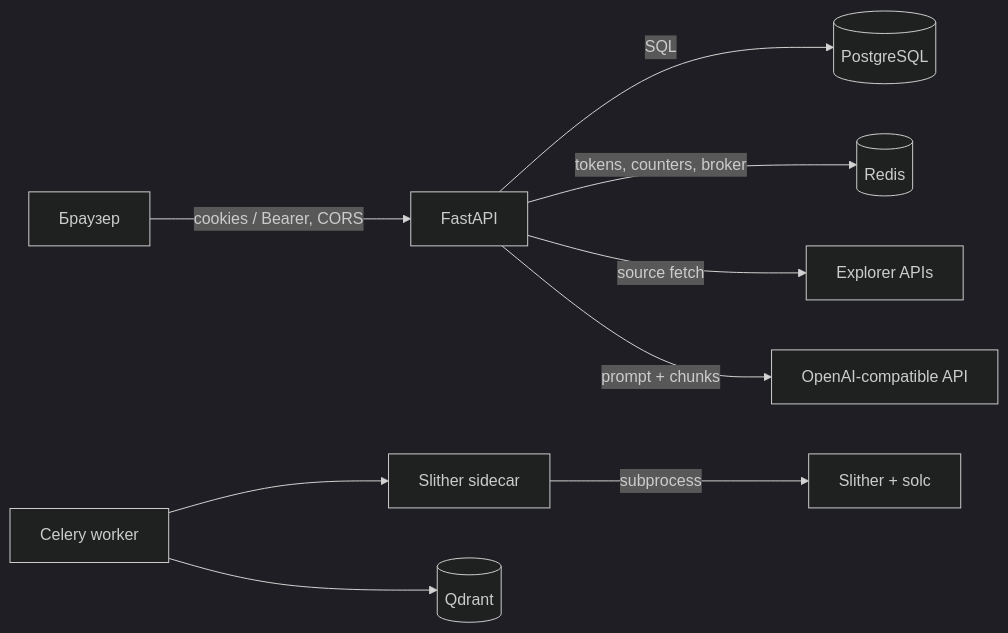
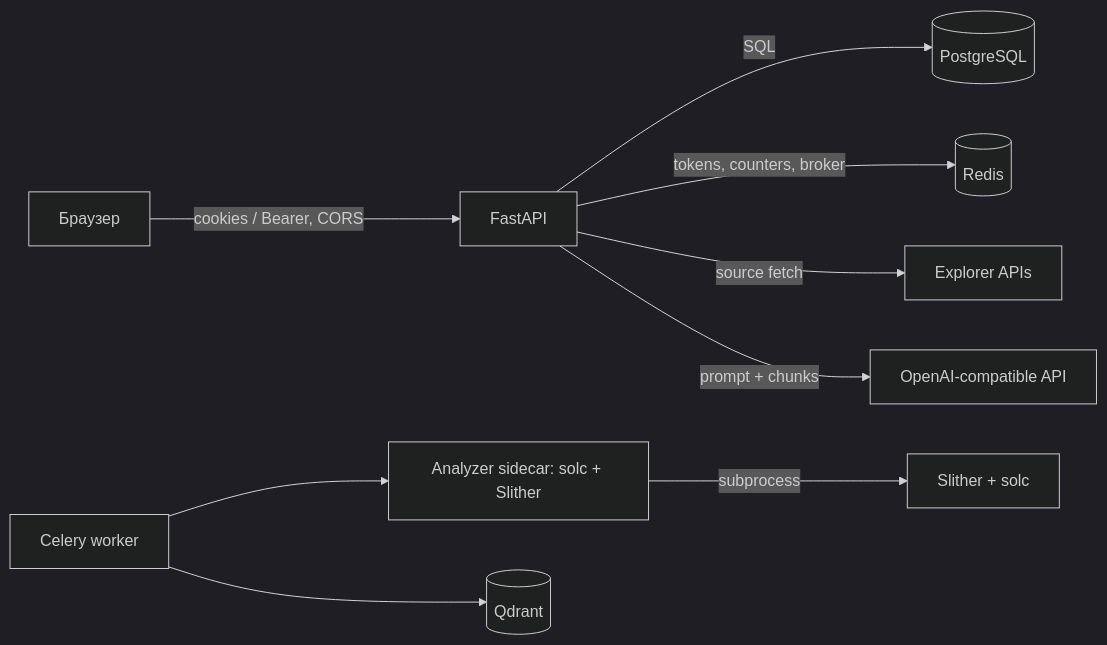
Before and after one commit to vladweat/chainwise: the diagram in docs/security.md, drawn with Mermaid (dark theme). The commit also changed other lines of this file and 74 other files, not shown here.

````diff
--- a/docs/security.md
+++ b/docs/security.md
@@ -7,11 +7,11 @@
 ```mermaid
 flowchart LR
     B[Браузер] -->|cookies / Bearer, CORS| API[FastAPI]
     API -->|SQL| PG[(PostgreSQL)]
     API -->|tokens, counters, broker| R[(Redis)]
     API -->|source fetch| E[Explorer APIs]
     API -->|prompt + chunks| L[OpenAI-compatible API]
-    W[Celery worker] --> S[Slither sidecar]
+    W[Celery worker] --> S[Analyzer sidecar: solc + Slither]
     W --> Q[(Qdrant)]
     S -->|subprocess| SL[Slither + solc]
 ```
````
